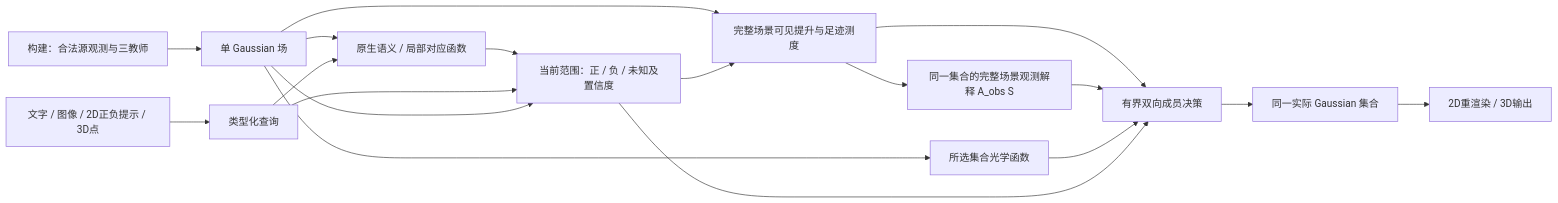
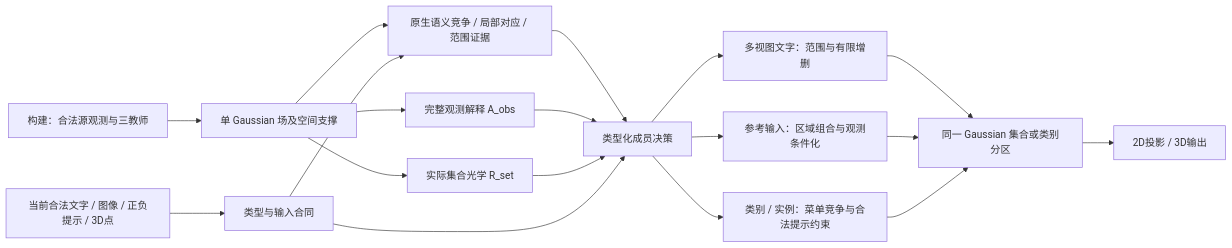
One commit to Arthurshen926/RADIO-GS changed the diagram in docs/method/query-field-mechanisms-and-closure.md. Above: the diagram before and after it, drawn with Mermaid. The commit also changed other lines of this file and 11 other files, not shown here.

````diff
--- a/docs/method/query-field-mechanisms-and-closure.md
+++ b/docs/method/query-field-mechanisms-and-closure.md
@@ -13,20 +13,20 @@
 ```mermaid
 flowchart LR
-  C[构建：合法源观测与三教师] --> F[单 Gaussian 场]
-  F --> N[原生语义 / 局部对应函数]
-  Q[文字 / 图像 / 2D正负提示 / 3D点] --> T[类型化查询]
+  C[构建：合法源观测与三教师] --> F[单 Gaussian 场及空间支撑]
+  Q[当前合法文字 / 图像 / 正负提示 / 3D点] --> T[类型与输入合同]
+  F --> N[原生语义竞争 / 局部对应 / 范围证据]
   T --> N
-  N --> S[当前范围：正 / 负 / 未知及置信度]
-  T --> S
-  F --> S
-  F --> L[完整场景可见提升与足迹测度]
-  S --> L
-  L --> D[有界双向成员决策]
-  L --> A[同一集合的完整场景观测解释 A_obs S]
+  N --> D[类型化成员决策]
+  F --> A[完整观测解释 A_obs]
+  F --> O[实际集合光学 R_set]
   A --> D
-  F --> O[所选集合光学函数]
   O --> D
-  S --> D
-  D --> G[同一实际 Gaussian 集合]
-  G --> P[2D重渲染 / 3D输出]
+  T --> D
+  D --> M[多视图文字：范围与有限增删]
+  D --> R[参考输入：区域组合与观测条件化]
+  D --> K[类别 / 实例：菜单竞争与合法提示约束]
+  M --> G[同一 Gaussian 集合或类别分区]
+  R --> G
+  K --> G
+  G --> P[2D投影 / 3D输出]
 ```
````
